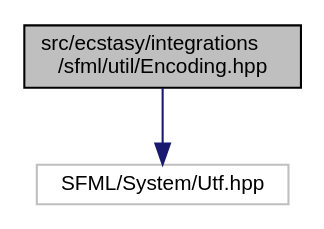
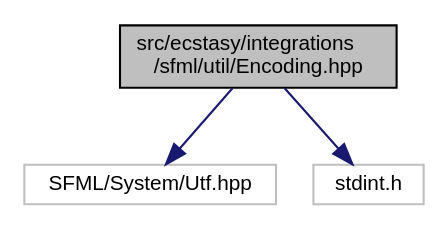
One commit to AndreasLrx/ecstasy changed the diagram in _encoding_8hpp__incl.dot. Above: the diagram before and after it, drawn with Graphviz. The commit also changed 29 other files, not shown here.

```diff
--- a/_encoding_8hpp__incl.dot
+++ b/_encoding_8hpp__incl.dot
@@ -1,9 +1,11 @@
 digraph "src/ecstasy/integrations/sfml/util/Encoding.hpp"
 {
  // LATEX_PDF_SIZE
   edge [fontname="Helvetica",fontsize="10",labelfontname="Helvetica",labelfontsize="10"];
   node [fontname="Helvetica",fontsize="10",shape=record];
   Node1 [label="src/ecstasy/integrations\l/sfml/util/Encoding.hpp",height=0.2,width=0.4,color="black", fillcolor="grey75", style="filled", fontcolor="black",tooltip=" "];
   Node1 -> Node2 [color="midnightblue",fontsize="10",style="solid",fontname="Helvetica"];
   Node2 [label="SFML/System/Utf.hpp",height=0.2,width=0.4,color="grey75", fillcolor="white", style="filled",tooltip=" "];
+  Node1 -> Node3 [color="midnightblue",fontsize="10",style="solid",fontname="Helvetica"];
+  Node3 [label="stdint.h",height=0.2,width=0.4,color="grey75", fillcolor="white", style="filled",tooltip=" "];
 }
```
